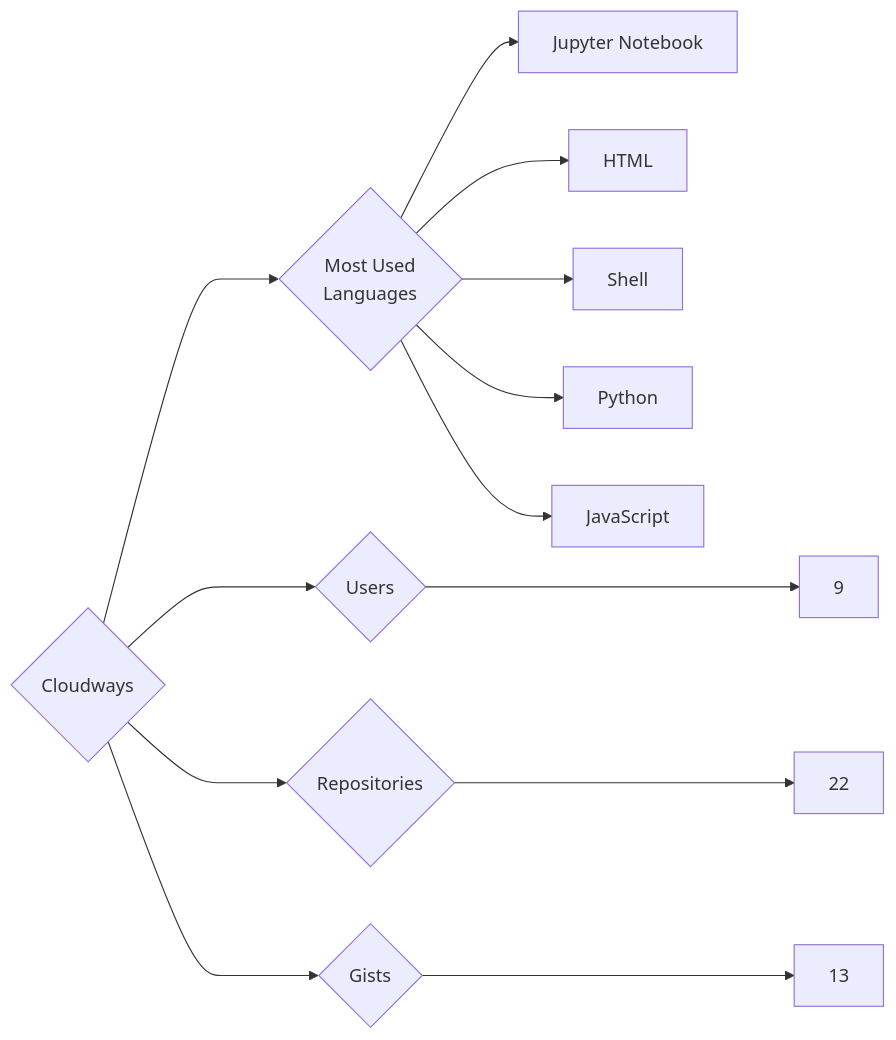
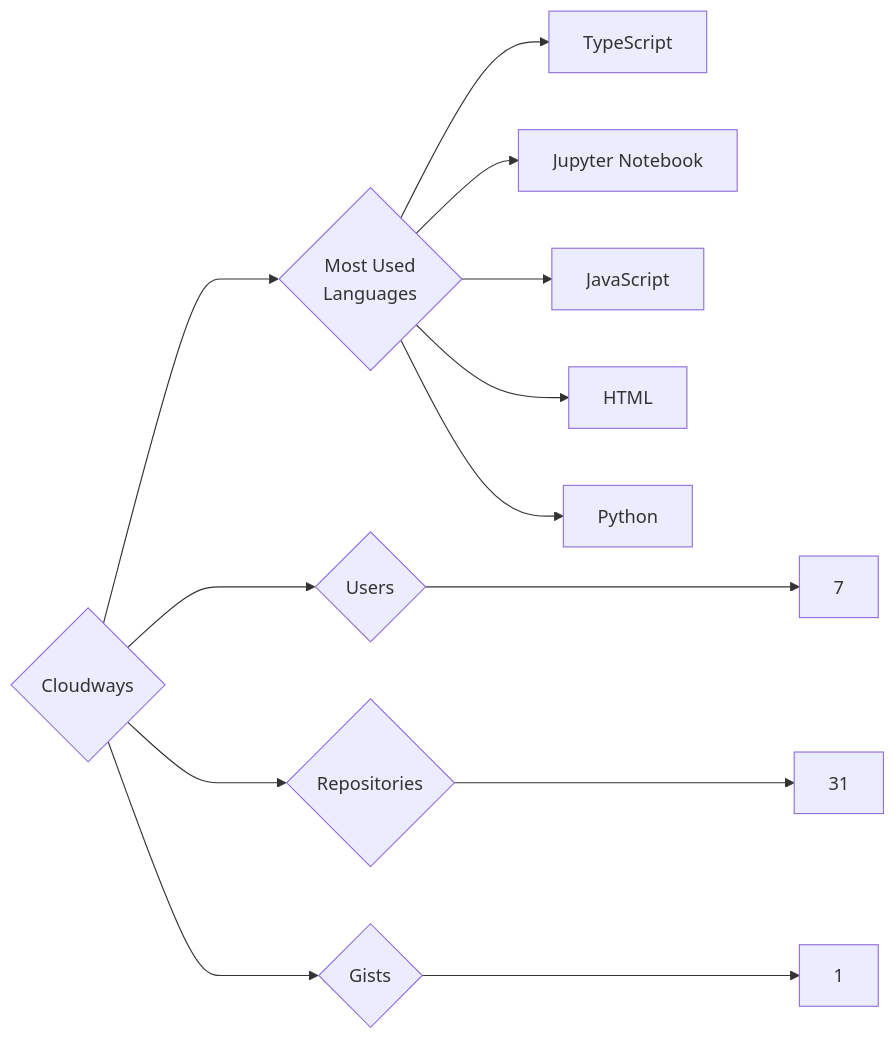
The diagram in targets/Cloudways/README.md (trickest/insiders), drawn with Mermaid before and after one commit. The commit also changed 1123 other files, not shown here.

````diff
--- a/targets/Cloudways/README.md
+++ b/targets/Cloudways/README.md
@@ -3,13 +3,13 @@
 ```mermaid
 graph LR
 COMPANY_NAME{Cloudways}
-COMPANY_NAME ---> U{Users} ---> UN[9]
-COMPANY_NAME ---> R{Repositories} ---> RN[22]
-COMPANY_NAME ---> G{Gists} ---> GN[13]
+COMPANY_NAME ---> U{Users} ---> UN[7]
+COMPANY_NAME ---> R{Repositories} ---> RN[31]
+COMPANY_NAME ---> G{Gists} ---> GN[1]
 COMPANY_NAME ---> ML{Most Used<br>Languages}
+ML --> TypeScript[TypeScript]
 ML --> Jupyter_Notebook[Jupyter Notebook]
+ML --> JavaScript[JavaScript]
 ML --> HTML[HTML]
-ML --> Shell[Shell]
 ML --> Python[Python]
-ML --> JavaScript[JavaScript]
 ```
````
